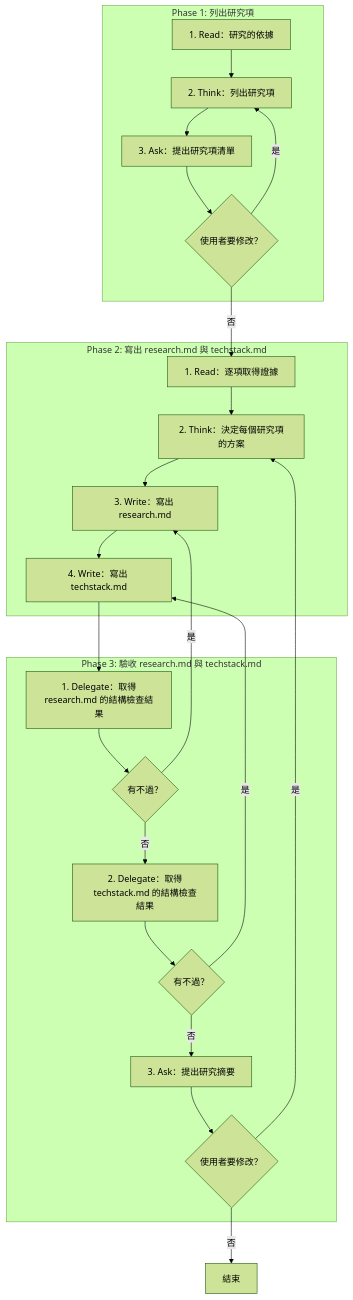
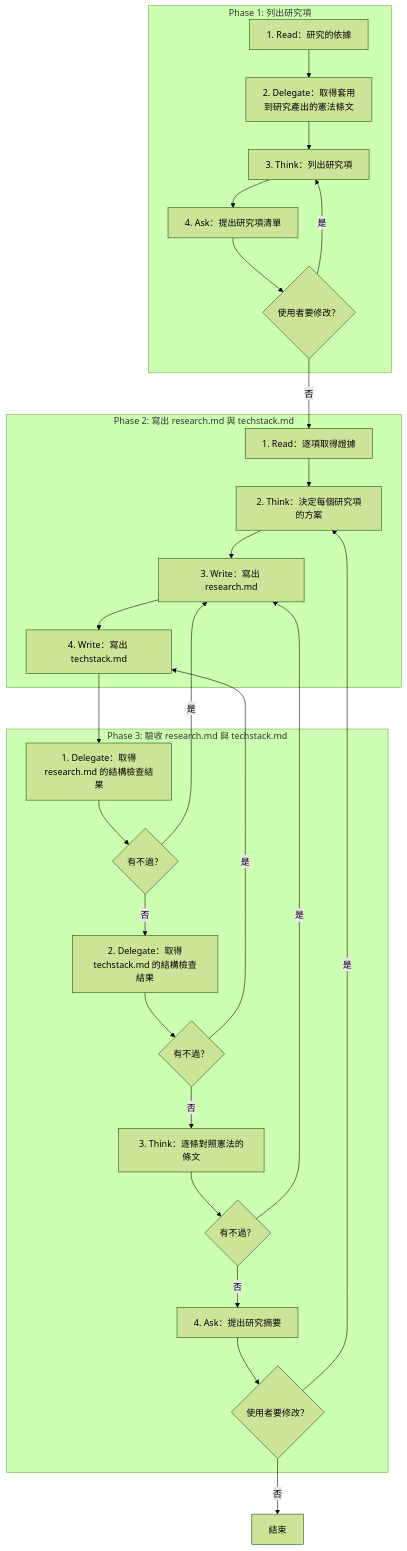
The diagram in .claude/skills/technical-research/SKILL.md (AI-x-BDD/BDGG-Dev-Skills), drawn with Mermaid (forest theme) before and after one commit. The commit also changed other lines of this file and 31 other files, not shown here.

````diff
--- a/.claude/skills/technical-research/SKILL.md
+++ b/.claude/skills/technical-research/SKILL.md
@@ -27,42 +29,49 @@
 ```mermaid
 flowchart TD
     subgraph P1["Phase 1: 列出研究項"]
         P1S1["1. Read：研究的依據"]
-        P1S2["2. Think：列出研究項"]
-        P1S3["3. Ask：提出研究項清單"]
-        G_P1S3_1{"使用者要修改？"}
+        P1S2["2. Delegate：取得套用<br/>到研究產出的憲法條文"]
+        P1S3["3. Think：列出研究項"]
+        P1S4["4. Ask：提出研究項清單"]
+        G_P1S4_1{"使用者要修改？"}
     end
     subgraph P2["Phase 2: 寫出 research.md 與 techstack.md"]
         P2S1["1. Read：逐項取得證據"]
         P2S2["2. Think：決定每個研究項的方案"]
         P2S3["3. Write：寫出 research.md"]
         P2S4["4. Write：寫出 techstack.md"]
     end
     subgraph P3["Phase 3: 驗收 research.md 與 techstack.md"]
         P3S1["1. Delegate：取得<br/>research.md 的結構檢查結果"]
         G_P3S1_1{"有不過？"}
         P3S2["2. Delegate：取得<br/>techstack.md 的結構檢查結果"]
         G_P3S2_1{"有不過？"}
-        P3S3["3. Ask：提出研究摘要"]
-        G_P3S3_1{"使用者要修改？"}
+        P3S3["3. Think：逐條對照憲法的條文"]
+        G_P3S3_1{"有不過？"}
+        P3S4["4. Ask：提出研究摘要"]
+        G_P3S4_1{"使用者要修改？"}
     end
     End["結束"]
     P1S1 --> P1S2
     P1S2 --> P1S3
-    P1S3 --> G_P1S3_1
-    G_P1S3_1 -->|是| P1S2
-    G_P1S3_1 -->|否| P2S1
+    P1S3 --> P1S4
+    P1S4 --> G_P1S4_1
+    G_P1S4_1 -->|是| P1S3
+    G_P1S4_1 -->|否| P2S1
     P2S1 --> P2S2
     P2S2 --> P2S3
     P2S3 --> P2S4
     P2S4 --> P3S1
     P3S1 --> G_P3S1_1
     G_P3S1_1 -->|是| P2S3
     G_P3S1_1 -->|否| P3S2
     P3S2 --> G_P3S2_1
     G_P3S2_1 -->|是| P2S4
     G_P3S2_1 -->|否| P3S3
     P3S3 --> G_P3S3_1
-    G_P3S3_1 -->|是| P2S2
-    G_P3S3_1 -->|否| End
+    G_P3S3_1 -->|是| P2S3
+    G_P3S3_1 -->|否| P3S4
+    P3S4 --> G_P3S4_1
+    G_P3S4_1 -->|是| P2S2
+    G_P3S4_1 -->|否| End
 ```
````
